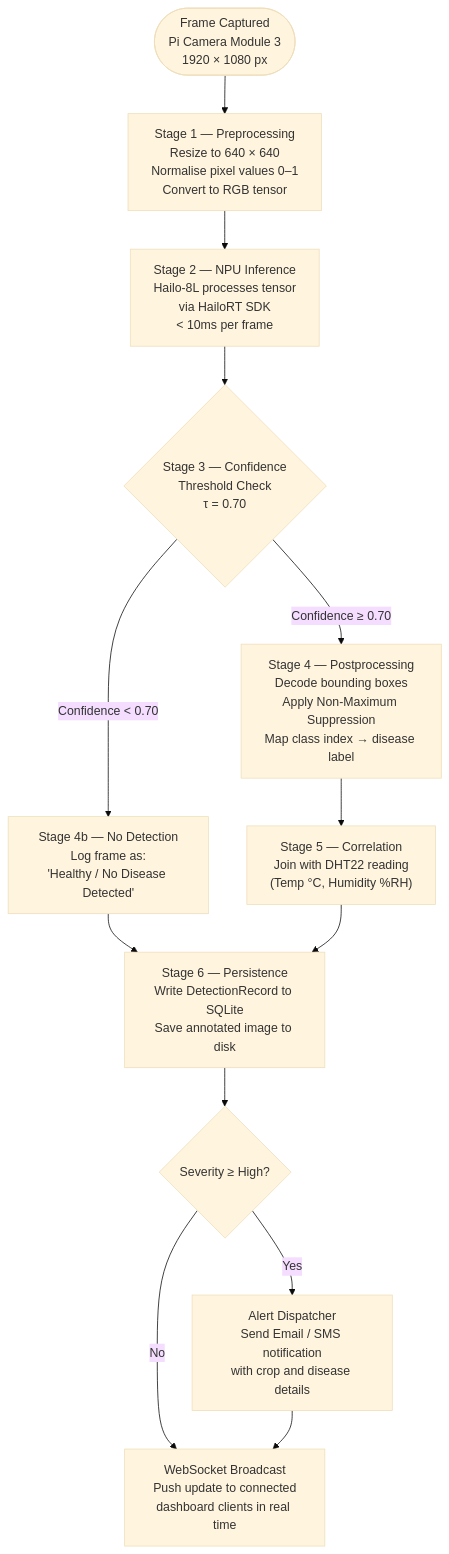
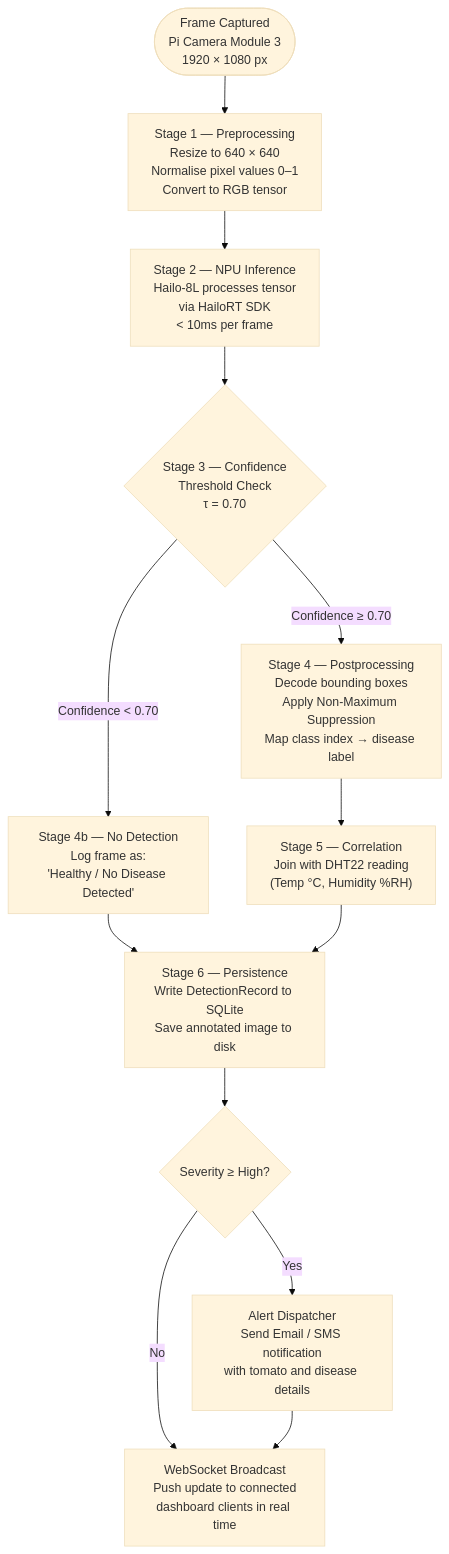
Before and after one commit to thetruesammyjay/IoT-System-for-Disease-Detection-in-Crops: the fourth of 10 diagrams in README.md, drawn with Mermaid (base theme). The commit also changed other lines of this file, not shown here.

Commit message:
Pivoting to Tomato only

````diff
--- a/README.md
+++ b/README.md
@@ -364,27 +361,27 @@
 ```mermaid
 flowchart TD
     A(["Frame Captured\nPi Camera Module 3\n1920 × 1080 px"])
     B["Stage 1 — Preprocessing\nResize to 640 × 640\nNormalise pixel values 0–1\nConvert to RGB tensor"]
     C["Stage 2 — NPU Inference\nHailo-8L processes tensor\nvia HailoRT SDK\n< 10ms per frame"]
     D{"Stage 3 — Confidence\nThreshold Check\nτ = 0.70"}
     E["Stage 4 — Postprocessing\nDecode bounding boxes\nApply Non-Maximum Suppression\nMap class index → disease label"]
     F["Stage 4b — No Detection\nLog frame as:\n'Healthy / No Disease Detected'"]
     G["Stage 5 — Correlation\nJoin with DHT22 reading\n(Temp °C, Humidity %RH)"]
     H["Stage 6 — Persistence\nWrite DetectionRecord to SQLite\nSave annotated image to disk"]
     I{"Severity ≥ High?"}
-    J["Alert Dispatcher\nSend Email / SMS notification\nwith crop and disease details"]
+    J["Alert Dispatcher\nSend Email / SMS notification\nwith tomato and disease details"]
     K["WebSocket Broadcast\nPush update to connected\ndashboard clients in real time"]
 
     A --> B
     B --> C
     C --> D
     D -- "Confidence ≥ 0.70" --> E
     D -- "Confidence < 0.70" --> F
     E --> G
     F --> H
     G --> H
     H --> I
     I -- "Yes" --> J
     I -- "No" --> K
     J --> K
 ```
````
